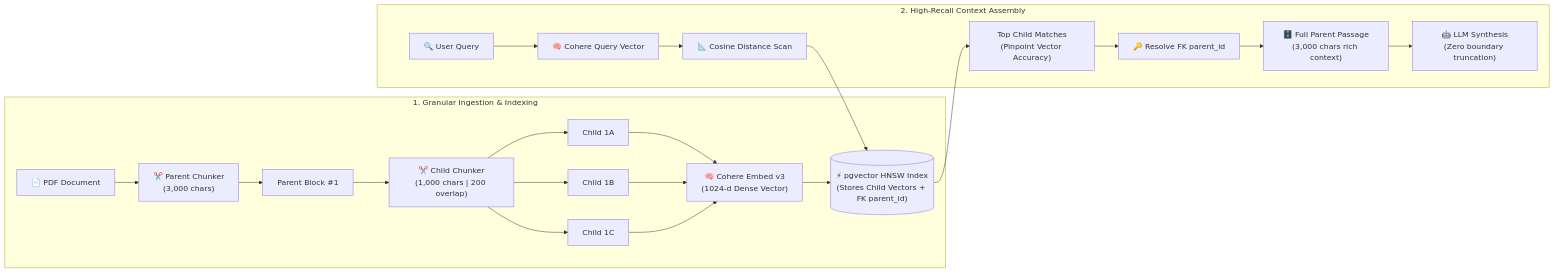
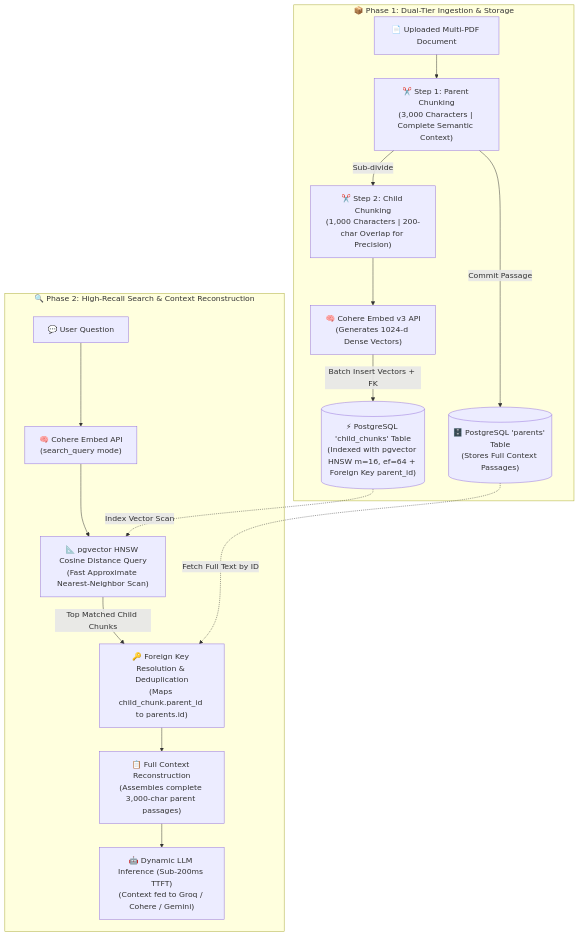
The second of 4 diagrams in README.MD (geethika1207/OmniDoc), drawn with Mermaid before and after one commit.

Commit message:
docs: Reformat hierarchical retrieval diagram to vertical layout for clarity

````diff
--- a/README.MD
+++ b/README.MD
@@ -115,25 +115,35 @@
 ```mermaid
-flowchart LR
-    subgraph Ingestion ["1. Granular Ingestion & Indexing"]
-        Doc["📄 PDF Document"] --> SplitP["✂️ Parent Chunker<br/>(3,000 chars)"]
-        SplitP --> P1["Parent Block #1"]
-        P1 --> SplitC["✂️ Child Chunker<br/>(1,000 chars | 200 overlap)"]
-        SplitC --> C1["Child 1A"]
-        SplitC --> C2["Child 1B"]
-        SplitC --> C3["Child 1C"]
-        C1 --> Embed["🧠 Cohere Embed v3<br/>(1024-d Dense Vector)"]
-        C2 --> Embed
-        C3 --> Embed
-        Embed --> DB_Index[("⚡ pgvector HNSW Index<br/>(Stores Child Vectors + FK parent_id)")]
+flowchart TD
+    subgraph Phase1 ["📦 Phase 1: Dual-Tier Ingestion & Storage"]
+        Doc["📄 Uploaded Multi-PDF Document"]
+        SplitParent["✂️ Step 1: Parent Chunking<br/>(3,000 Characters | Complete Semantic Context)"]
+        StoreParent[("🗄️ PostgreSQL 'parents' Table<br/>(Stores Full Context Passages)")]
+        SplitChild["✂️ Step 2: Child Chunking<br/>(1,000 Characters | 200-char Overlap for Precision)"]
+        EmbedChild["🧠 Cohere Embed v3 API<br/>(Generates 1024-d Dense Vectors)"]
+        StoreChild[("⚡ PostgreSQL 'child_chunks' Table<br/>(Indexed with pgvector HNSW m=16, ef=64 + Foreign Key parent_id)")]
+
+        Doc --> SplitParent
+        SplitParent -->|Commit Passage| StoreParent
+        SplitParent -->|Sub-divide| SplitChild
+        SplitChild --> EmbedChild
+        EmbedChild -->|Batch Insert Vectors + FK| StoreChild
     end
 
-    subgraph Retrieval ["2. High-Recall Context Assembly"]
-        Query["🔍 User Query"] --> Q_Embed["🧠 Cohere Query Vector"]
-        Q_Embed --> Cosine["📐 Cosine Distance Scan"]
-        Cosine --> DB_Index
-        DB_Index --> Match["Top Child Matches<br/>(Pinpoint Vector Accuracy)"]
-        Match --> Resolve["🔑 Resolve FK parent_id"]
-        Resolve --> ParentContext["🗄️ Full Parent Passage<br/>(3,000 chars rich context)"]
-        ParentContext --> LLM["🤖 LLM Synthesis<br/>(Zero boundary truncation)"]
+    subgraph Phase2 ["🔍 Phase 2: High-Recall Search & Context Reconstruction"]
+        UserQuery["💬 User Question"]
+        EmbedQuery["🧠 Cohere Embed API<br/>(search_query mode)"]
+        VectorSearch["📐 pgvector HNSW Cosine Distance Query<br/>(Fast Approximate Nearest-Neighbor Scan)"]
+        ResolveFK["🔑 Foreign Key Resolution & Deduplication<br/>(Maps child_chunk.parent_id to parents.id)"]
+        AssembleContext["📋 Full Context Reconstruction<br/>(Assembles complete 3,000-char parent passages)"]
+        FinalLLM["🤖 Dynamic LLM Inference (Sub-200ms TTFT)<br/>(Context fed to Groq / Cohere / Gemini)"]
+
+        UserQuery --> EmbedQuery
+        EmbedQuery --> VectorSearch
+        VectorSearch -->|Top Matched Child Chunks| ResolveFK
+        StoreParent -.->|Fetch Full Text by ID| ResolveFK
+        ResolveFK --> AssembleContext
+        AssembleContext --> FinalLLM
     end
+
+    StoreChild -.->|Index Vector Scan| VectorSearch
 ```
````
